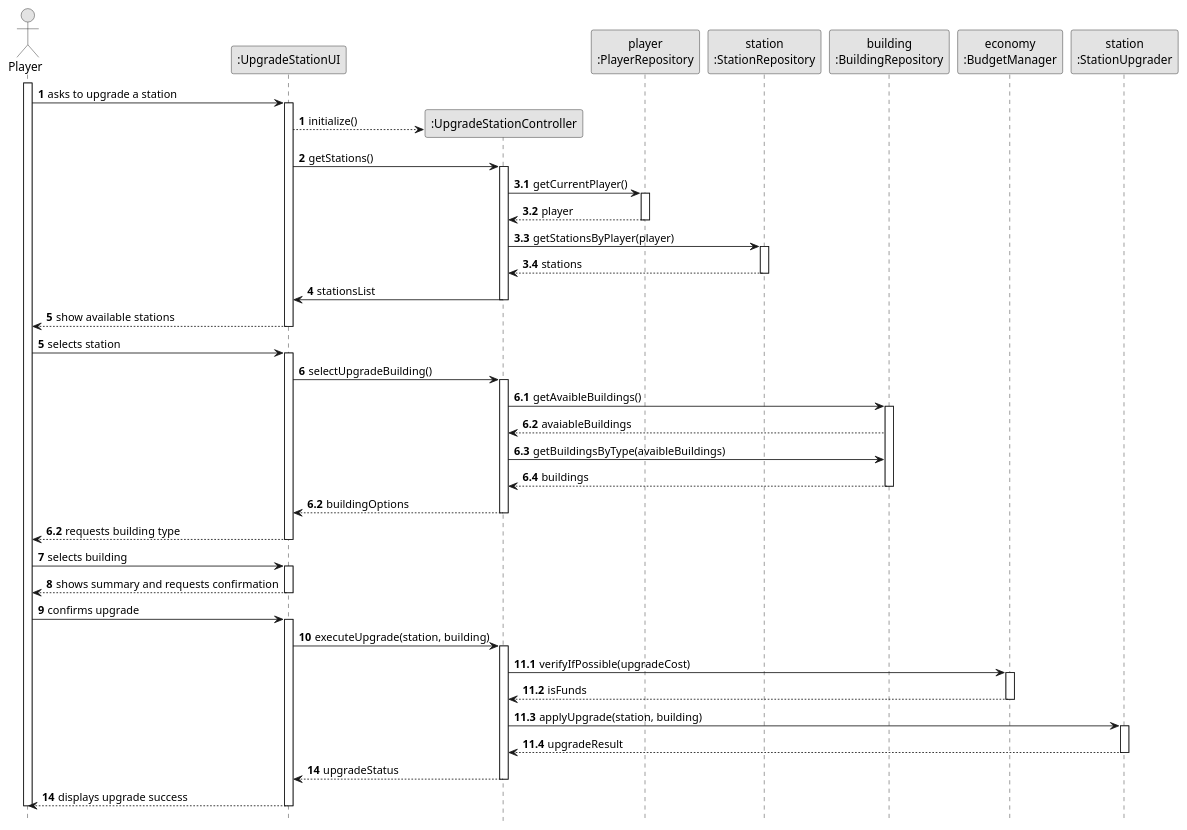
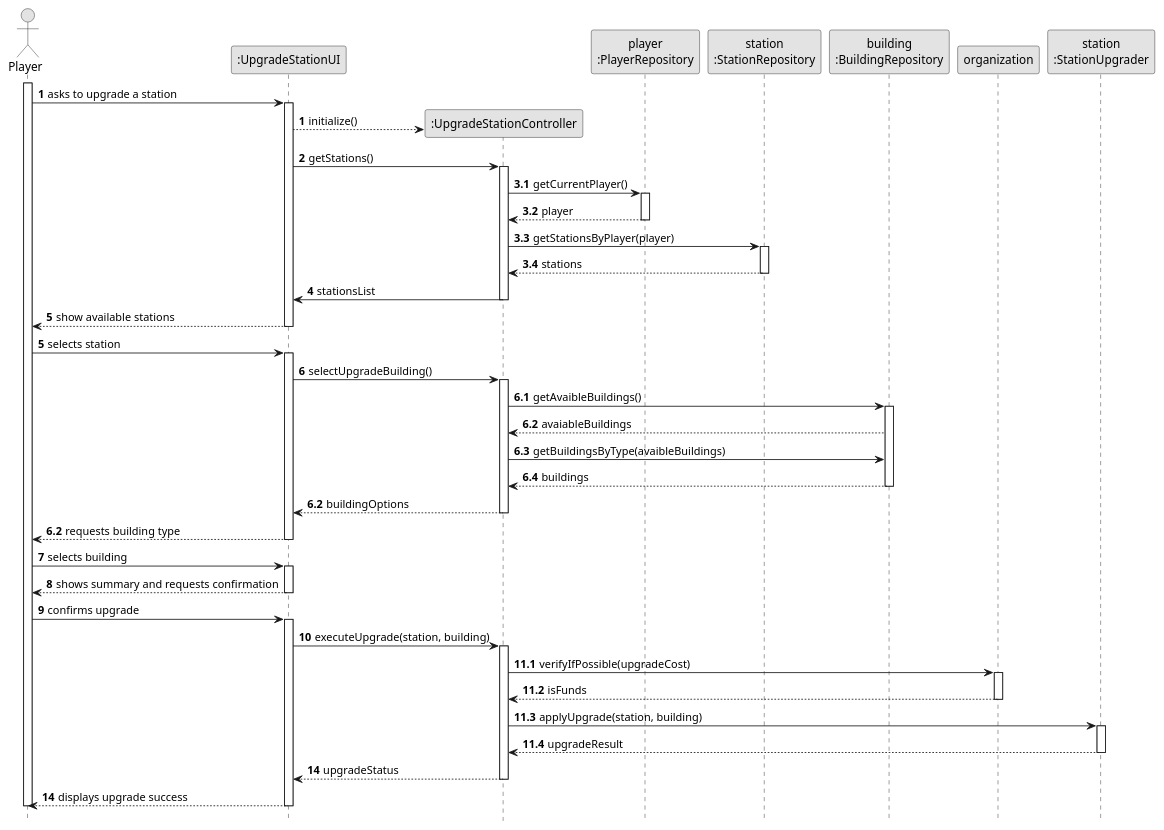
Before and after one commit to Andremonteiro1240850/railway_simulator: the diagram in docs/system-documentation/US06/03.Design/puml/SSD-Full.puml, drawn with PlantUML. The commit also changed 63 other files, not shown here.

```diff
--- a/docs/system-documentation/US06/03.Design/puml/SSD-Full.puml
+++ b/docs/system-documentation/US06/03.Design/puml/SSD-Full.puml
@@ -1,118 +1,118 @@
 @startuml
 skinparam monochrome true
 skinparam packageStyle rectangle
 skinparam shadowing false
 
 autonumber
 
 hide footbox
 actor "Player" as PLAYER
 
 participant ":UpgradeStationUI" as UI
 participant ":UpgradeStationController" as CTRL
 participant "player\n:PlayerRepository" as PLAYER_REPO
 participant "station\n:StationRepository" as STATION_REPO
 participant "building\n:BuildingRepository" as BUILDING_REPO
-participant "economy\n:BudgetManager" as ECONOMY
+participant "organization" as ECONOMY
 participant "station\n:StationUpgrader" as UPGRADER
 
 activate PLAYER
 
     PLAYER -> UI : asks to upgrade a station
     autonumber 1
 
     activate UI
         UI --> CTRL** : initialize()
         autonumber 2
         UI -> CTRL : getStations()
         autonumber 3
 
         autonumber 3.1
         activate CTRL
 
                 CTRL -> PLAYER_REPO : getCurrentPlayer()
                 activate PLAYER_REPO
                     PLAYER_REPO --> CTRL : player
                 deactivate PLAYER_REPO
 
                 CTRL -> STATION_REPO : getStationsByPlayer(player)
                 activate STATION_REPO
                     STATION_REPO --> CTRL : stations
                 deactivate STATION_REPO
 
             autonumber 4
             CTRL -> UI : stationsList
 
         deactivate CTRL
         UI --> PLAYER : show available stations
         autonumber 5
     deactivate UI
 
     PLAYER -> UI : selects station
     autonumber 6
     activate UI
         UI -> CTRL : selectUpgradeBuilding()
 autonumber 6.1
 
 
 activate CTRL
 
 
         CTRL -> BUILDING_REPO : getAvaibleBuildings()
        activate BUILDING_REPO
             BUILDING_REPO --> CTRL : avaiableBuildings
 
 
         CTRL -> BUILDING_REPO : getBuildingsByType(avaibleBuildings)
 
             BUILDING_REPO --> CTRL : buildings
         deactivate BUILDING_REPO
 
     autonumber 6.2
 
 
             CTRL --> UI : buildingOptions
             autonumber 6.2
         deactivate CTRL
 
         UI --> PLAYER : requests building type
         autonumber 7
     deactivate UI
 
     PLAYER -> UI : selects building
     autonumber 8
     activate UI
         UI --> PLAYER : shows summary and requests confirmation
         autonumber 9
     deactivate UI
 
     PLAYER -> UI : confirms upgrade
     autonumber 10
     activate UI
         UI -> CTRL : executeUpgrade(station, building)
         autonumber 11
         autonumber 11.1
         activate CTRL
 
                 CTRL -> ECONOMY : verifyIfPossible(upgradeCost)
                 activate ECONOMY
                     ECONOMY --> CTRL : isFunds
                 deactivate ECONOMY
 
                 CTRL -> UPGRADER : applyUpgrade(station, building)
                 activate UPGRADER
                     UPGRADER --> CTRL : upgradeResult
                 deactivate UPGRADER
 
             autonumber 14
 
 
             CTRL --> UI: upgradeStatus
             autonumber 14
         deactivate CTRL
         UI --> PLAYER: displays upgrade success
         autonumber 15
     deactivate UI
 
 deactivate PLAYER
 @enduml
```
